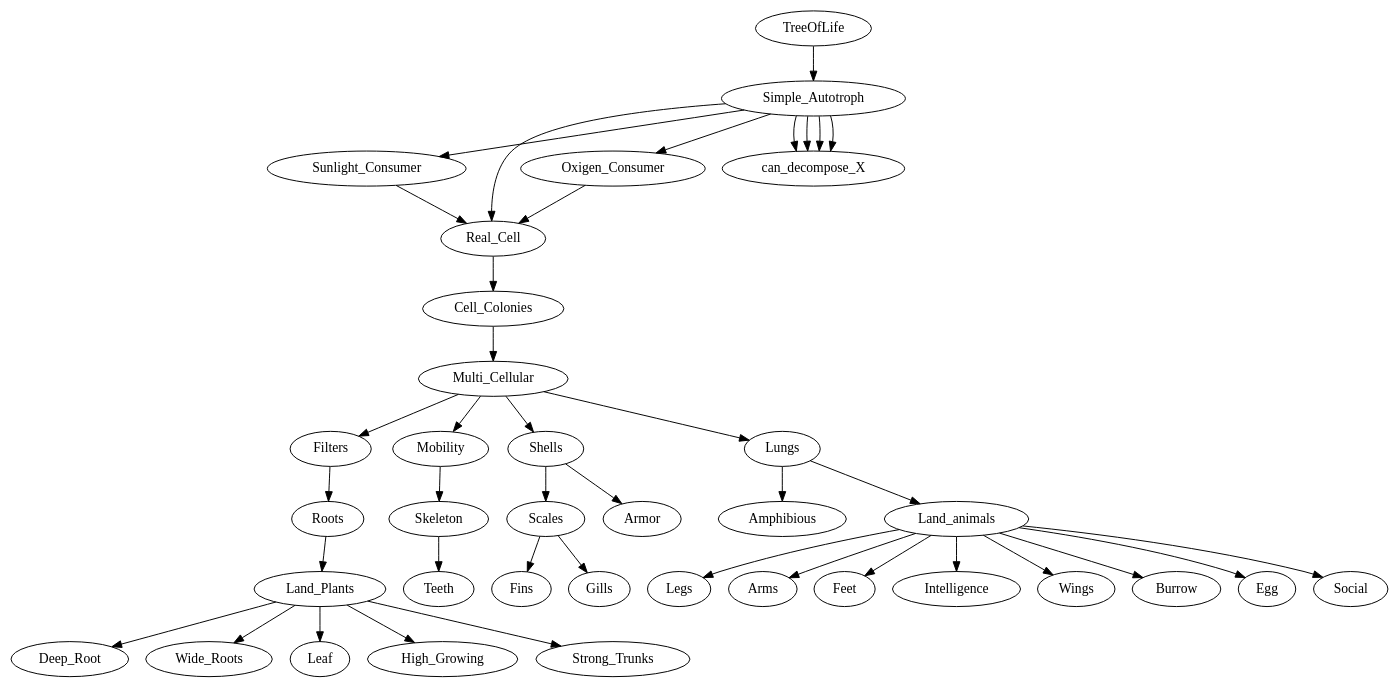
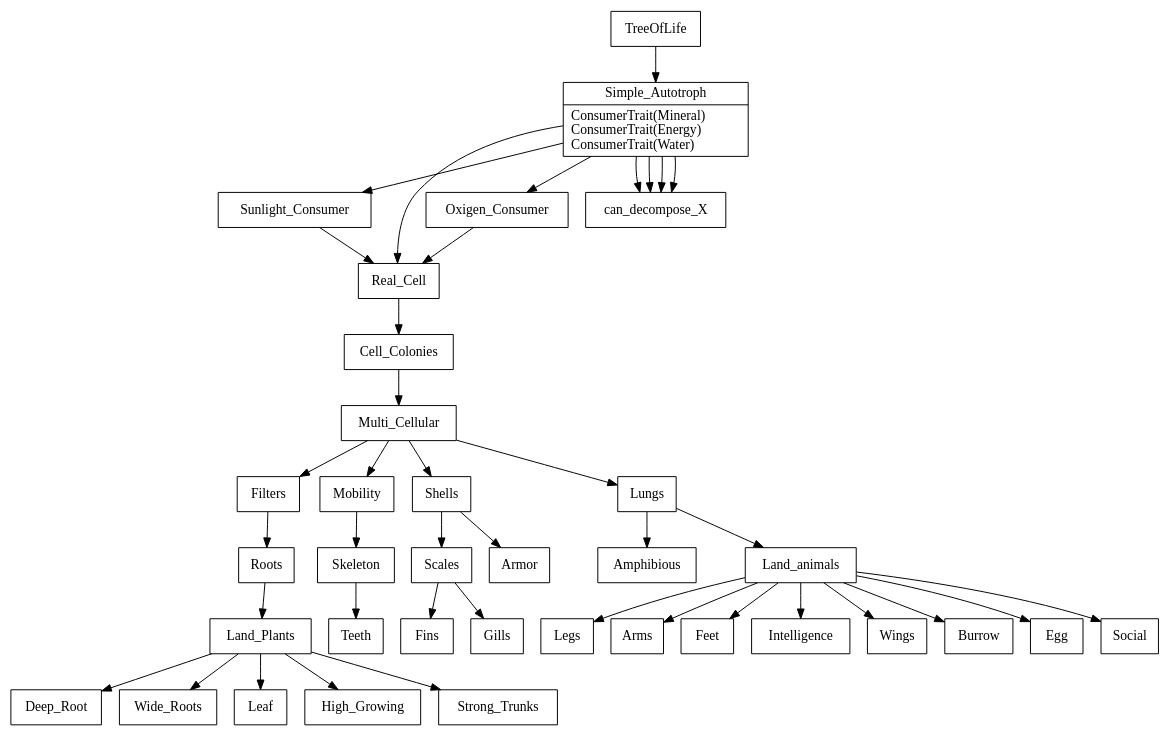
Before and after one commit to MoYapro/idleWorldSim: the diagram in TreeOfLife.dot, drawn with Graphviz.

```diff
--- a/TreeOfLife.dot
+++ b/TreeOfLife.dot
@@ -1,70 +1,79 @@
 digraph G {
+
+    node [shape = "record"]
+
+    Simple_Autotroph [
+    label = "{Simple_Autotroph|ConsumerTrait(Mineral)\lConsumerTrait(Energy)\lConsumerTrait(Water)\l}"
+    ]
 
     TreeOfLife ->
     Simple_Autotroph ->
     Sunlight_Consumer ->
     Real_Cell ->
     Cell_Colonies
     Oxigen_Consumer -> Real_Cell
     Simple_Autotroph -> Real_Cell
     Simple_Autotroph -> Oxigen_Consumer
     Simple_Autotroph -> can_decompose_X
     Simple_Autotroph -> can_decompose_X
     Simple_Autotroph -> can_decompose_X
     Simple_Autotroph -> can_decompose_X
 
     Cell_Colonies -> Multi_Cellular
 
     subgraph {
     Multi_Cellular -> Filters
     Multi_Cellular -> Mobility
     Multi_Cellular -> Shells
     Filters -> Roots
 
     Shells -> Scales
     Shells -> Armor
     Scales -> Fins
     Scales -> Gills
 
 
 
 
     Mobility -> Skeleton
     Skeleton -> Teeth
     Multi_Cellular -> Lungs
     }
 
 
 
     subgraph {
     Roots -> Land_Plants
     Land_Plants -> Deep_Root
     Land_Plants -> Wide_Roots
     Land_Plants -> Leaf
     Land_Plants -> High_Growing
     Land_Plants -> Strong_Trunks
     }
 
     subgraph {
     Lungs -> Amphibious
     }
 
 
     subgraph {
     Lungs -> Land_animals
     Land_animals -> Legs
     Land_animals -> Arms
     Land_animals -> Feet
     Land_animals -> Intelligence
     Land_animals -> Wings
     Land_animals -> Burrow
     Land_animals -> Egg
     Land_animals -> Social
 
     }
 
 
 
 
 
+
+
+
 }
```
